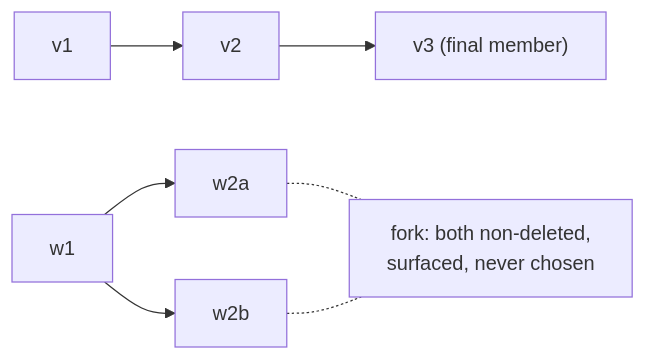
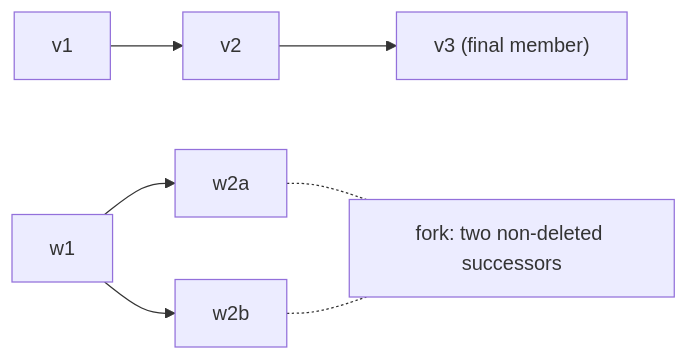
Before and after one commit to crocs-muni/scrutiny-fabric: the third of 9 diagrams in docs/protocol-spec.md, drawn with Mermaid. The commit also changed other lines of this file and 6 other files, not shown here.

````diff
--- a/docs/protocol-spec.md
+++ b/docs/protocol-spec.md
@@ -285,8 +279,8 @@
 ```mermaid
 flowchart LR
     A["v1"] --> B["v2"] --> C["v3 (final member)"]
     D["w1"] --> E["w2a"]
     D --> F["w2b"]
-    E -.- G["fork: both non-deleted,<br/>surfaced, never chosen"]
+    E -.- G["fork: two non-deleted successors"]
     F -.- G
 ```
````
